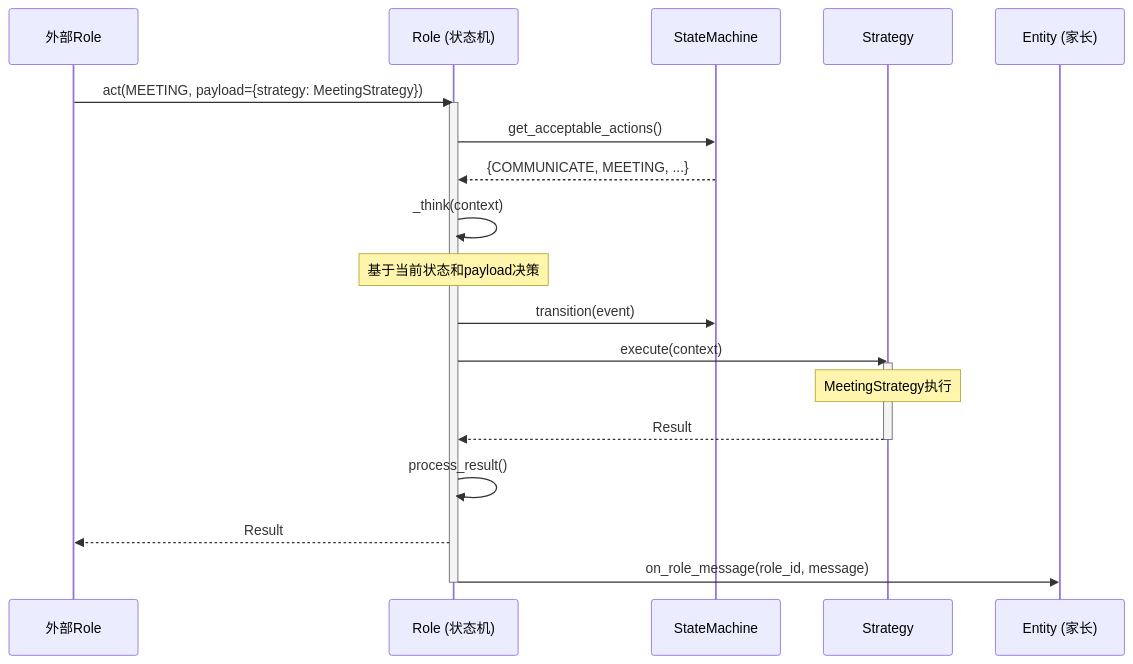
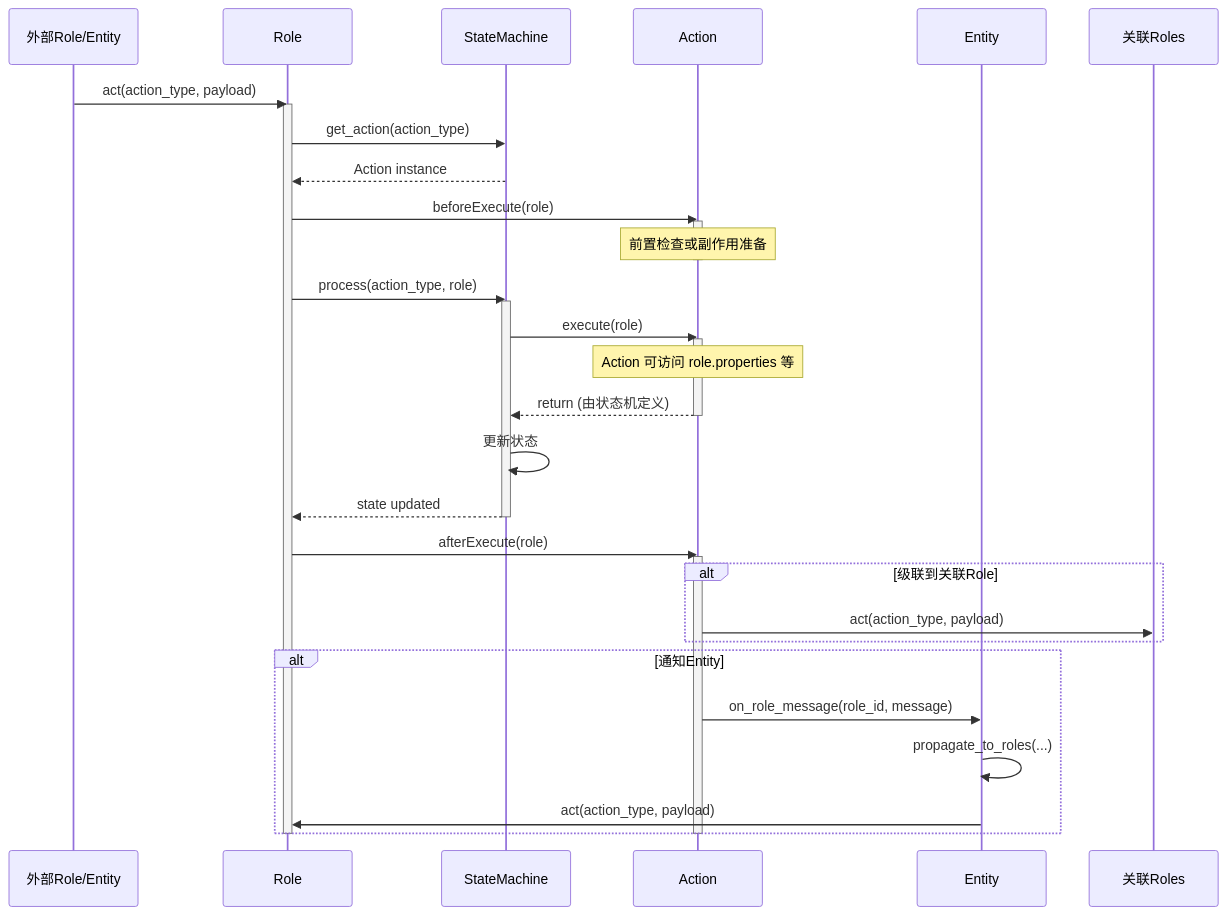
Before and after one commit to wunglee/myoasis: the second of 5 diagrams in .planning/phases/01-核心抽象层基础/01-CONTEXT.md, drawn with Mermaid. The commit also changed other lines of this file and 3 other files, not shown here.

````diff
--- a/.planning/phases/01-核心抽象层基础/01-CONTEXT.md
+++ b/.planning/phases/01-核心抽象层基础/01-CONTEXT.md
@@ -239,39 +225,49 @@
 ```mermaid
 sequenceDiagram
-    participant Ext as 外部Role
-    participant R as Role (状态机)
+    participant Ext as 外部Role/Entity
+    participant R as Role
     participant SM as StateMachine
-    participant S as Strategy
-    participant E as Entity (家长)
+    participant A as Action
+    participant E as Entity
+    participant Rel as 关联Roles
 
-    Ext->>R: act(MEETING, payload={strategy: MeetingStrategy})
-    
+    Ext->>R: act(action_type, payload)
     activate R
-    
-    %% 检查可接受Action
-    R->>SM: get_acceptable_actions()
-    SM-->>R: {COMMUNICATE, MEETING, ...}
-    
-    %% Think
-    R->>R: _think(context)
-    Note over R: 基于当前状态和payload决策
-    
-    %% 状态更新
-    R->>SM: transition(event)
-    
-    %% Action驱动Strategy
-    R->>S: execute(context)
-    activate S
-    Note over S: MeetingStrategy执行
-    S-->>R: Result
-    deactivate S
-    
-    %% Action处理Result，返回新Result
-    R->>R: process_result()
-    R-->>Ext: Result
-    
-    %% 通知Entity
-    R->>E: on_role_message(role_id, message)
-    
+
+    R->>SM: get_action(action_type)
+    SM-->>R: Action instance
+
+    R->>A: beforeExecute(role)
+    activate A
+    Note over A: 前置检查或副作用准备
+    deactivate A
+
+    R->>SM: process(action_type, role)
+    activate SM
+
+    SM->>A: execute(role)
+    activate A
+    Note over A: Action 可访问 role.properties 等
+    A-->>SM: return (由状态机定义)
+    deactivate A
+
+    SM->>SM: 更新状态
+    SM-->>R: state updated
+    deactivate SM
+
+    R->>A: afterExecute(role)
+    activate A
+
+    alt 级联到关联Role
+        A->>Rel: act(action_type, payload)
+    end
+
+    alt 通知Entity
+        A->>E: on_role_message(role_id, message)
+        E->>E: propagate_to_roles(...)
+        E->>R: act(action_type, payload)
+    end
+
+    deactivate A
     deactivate R
 ```
````
